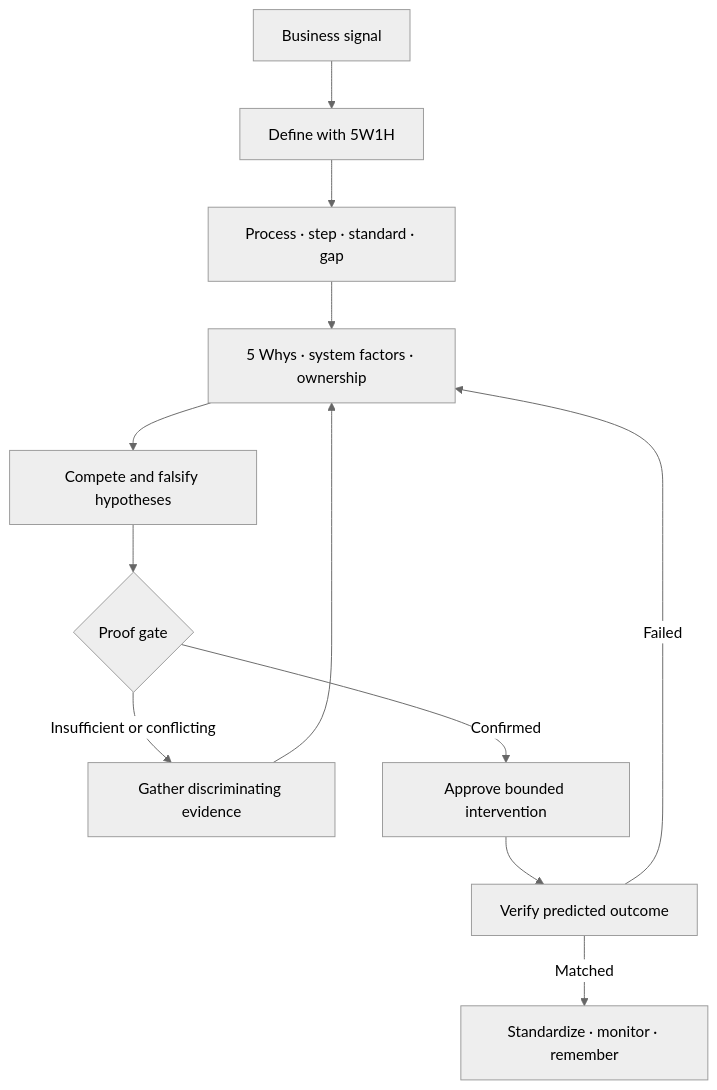
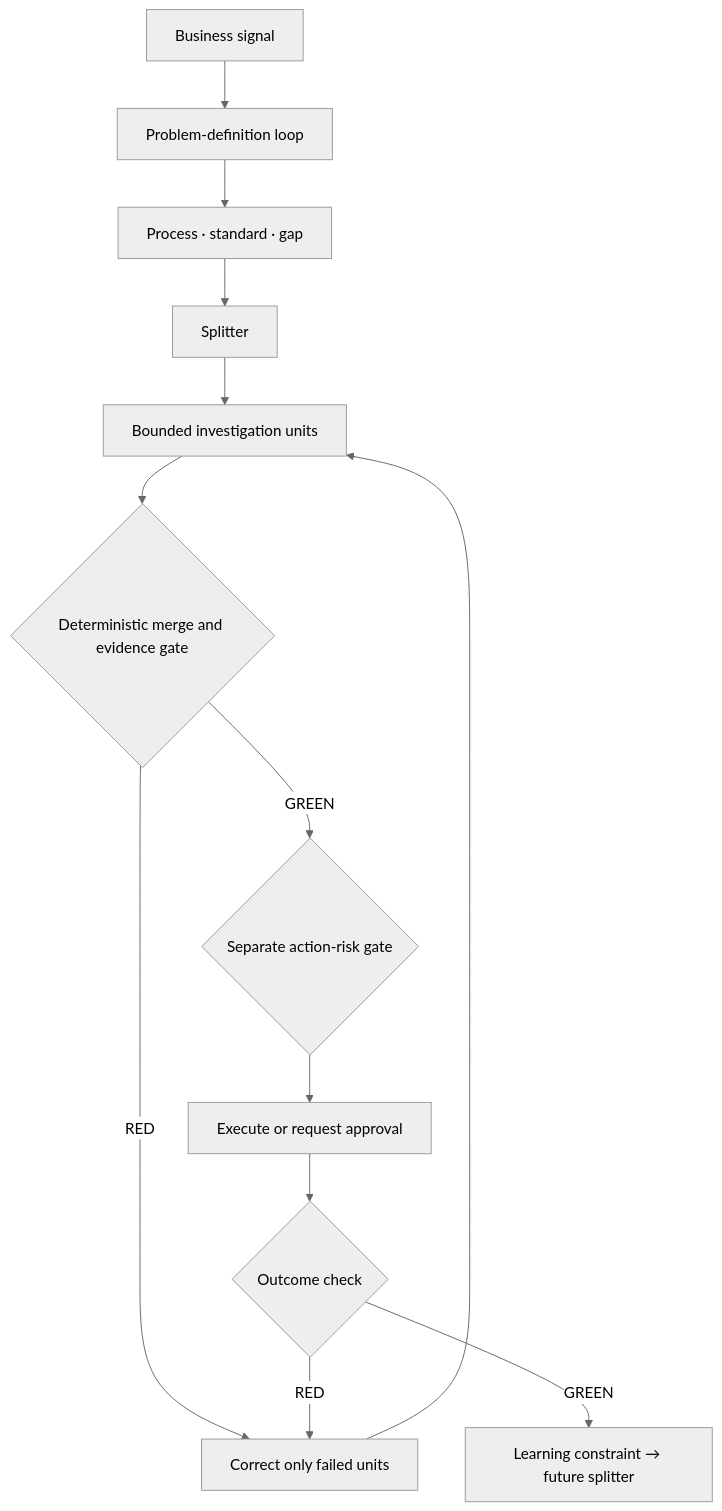
Before and after one commit to vivienk/proofloop: the first of 2 diagrams in ARCHITECTURE.md, drawn with Mermaid (neutral theme). The commit also changed other lines of this file and 8 other files, not shown here.

Commit message:
Add RED GREEN investigation graph loops

````diff
--- a/ARCHITECTURE.md
+++ b/ARCHITECTURE.md
@@ -10,14 +24,15 @@
 ```mermaid
 flowchart TD
-    A["Business signal"] --> B["Define with 5W1H"]
-    B --> C["Process · step · standard · gap"]
-    C --> D["5 Whys · system factors · ownership"]
-    D --> E["Compete and falsify hypotheses"]
-    E --> F{"Proof gate"}
-    F -- "Insufficient or conflicting" --> G["Gather discriminating evidence"]
-    G --> D
-    F -- "Confirmed" --> H["Approve bounded intervention"]
-    H --> I["Verify predicted outcome"]
-    I -- "Failed" --> D
-    I -- "Matched" --> J["Standardize · monitor · remember"]
+    A["Business signal"] --> B["Problem-definition loop"]
+    B --> C["Process · standard · gap"]
+    C --> D["Splitter"]
+    D --> E["Bounded investigation units"]
+    E --> F{"Deterministic merge and evidence gate"}
+    F -- "RED" --> G["Correct only failed units"]
+    G --> E
+    F -- "GREEN" --> H{"Separate action-risk gate"}
+    H --> I["Execute or request approval"]
+    I --> J{"Outcome check"}
+    J -- "RED" --> G
+    J -- "GREEN" --> K["Learning constraint → future splitter"]
 ```
````
